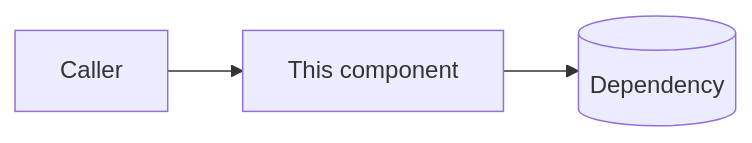
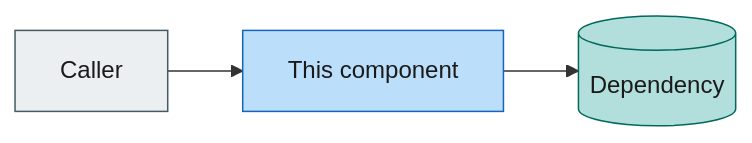
The diagram in docs/templates/README.template.md (varunpathania86/nigu-lite), drawn with Mermaid before and after one commit. The commit also changed 38 other files, not shown here.

````diff
--- a/docs/templates/README.template.md
+++ b/docs/templates/README.template.md
@@ -6,4 +6,10 @@
 ```mermaid
 flowchart LR
   A[Caller] --> B[This component] --> C[(Dependency)]
+  class A user
+  class B app
+  class C data
+  classDef user fill:#eceff1,stroke:#455a64,color:#1a1a1a
+  classDef app fill:#bbdefb,stroke:#1565c0,color:#1a1a1a
+  classDef data fill:#b2dfdb,stroke:#00695c,color:#1a1a1a
 ```
````
